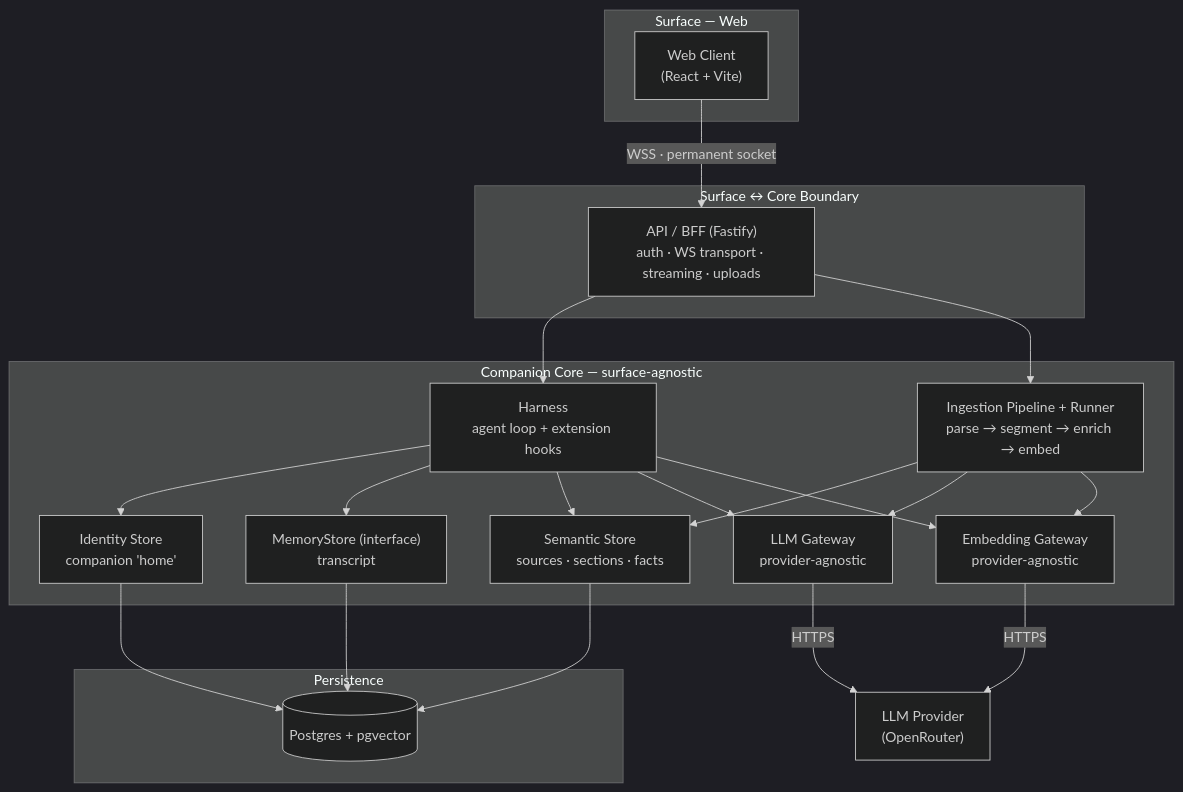
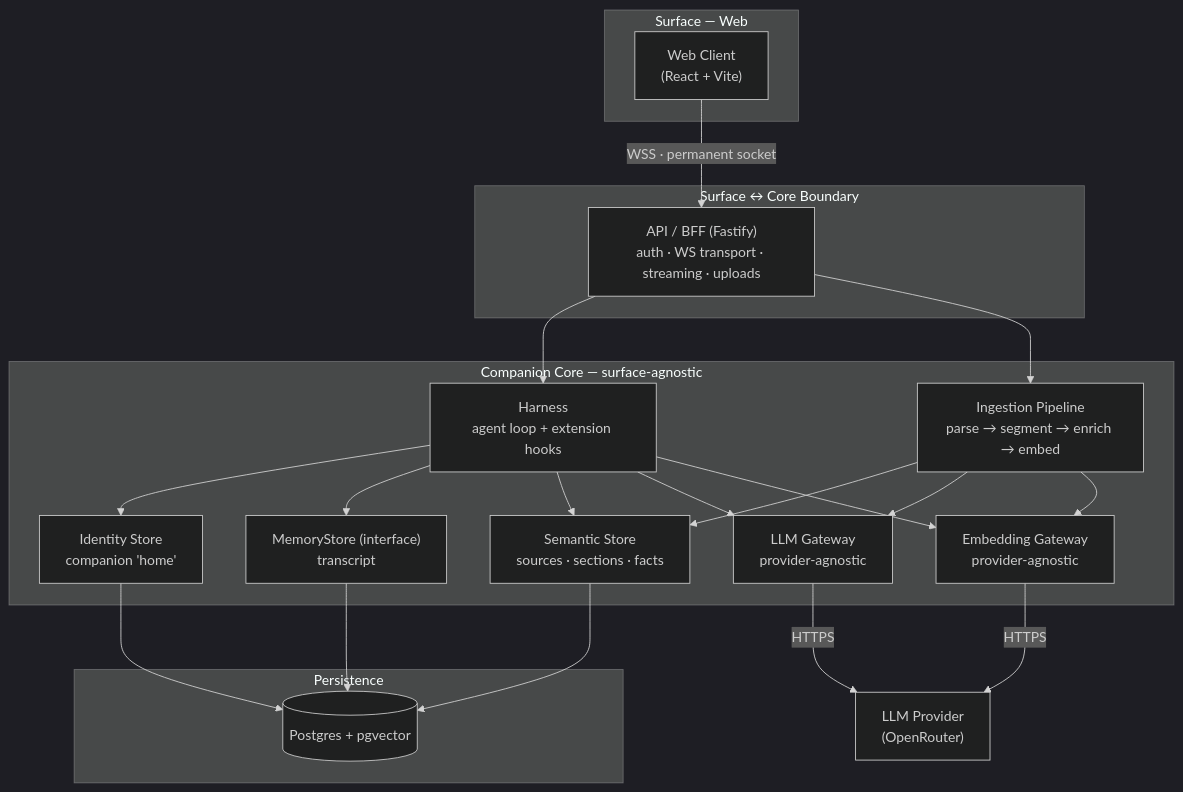
One commit to CobbleStamp/CobbleCompanion changed the second of 12 diagrams in docs/architecture.md. Above: the diagram before and after it, drawn with Mermaid (dark theme). The commit also changed other lines of this file and 6 other files, not shown here.

````diff
--- a/docs/architecture.md
+++ b/docs/architecture.md
@@ -132,39 +132,39 @@
 ```mermaid
 flowchart TB
   subgraph SURFACE["Surface — Web"]
     WEB["Web Client<br/>(React + Vite)"]
   end
   subgraph BOUNDARY["Surface ↔ Core Boundary"]
     API["API / BFF (Fastify)<br/>auth · WS transport · streaming · uploads"]
   end
   subgraph CORE["Companion Core — surface-agnostic"]
     H["Harness<br/>agent loop + extension hooks"]
     GW["LLM Gateway<br/>provider-agnostic"]
     EGW["Embedding Gateway<br/>provider-agnostic"]
     MEM["MemoryStore (interface)<br/>transcript"]
     SEM["Semantic Store<br/>sources · sections · facts"]
-    ING["Ingestion Pipeline + Runner<br/>parse → segment → enrich → embed"]
+    ING["Ingestion Pipeline<br/>parse → segment → enrich → embed"]
     ID["Identity Store<br/>companion 'home'"]
   end
   subgraph DATA["Persistence"]
     PG[("Postgres + pgvector")]
   end
   LLM["LLM Provider<br/>(OpenRouter)"]
 
   WEB -->|"WSS · permanent socket"| API
   API --> H
   API --> ING
   H --> ID
   H --> MEM
   H --> SEM
   H --> GW
   H --> EGW
   ING --> SEM
   ING --> GW
   ING --> EGW
   GW -->|HTTPS| LLM
   EGW -->|HTTPS| LLM
   MEM --> PG
   SEM --> PG
   ID --> PG
 ```
````
